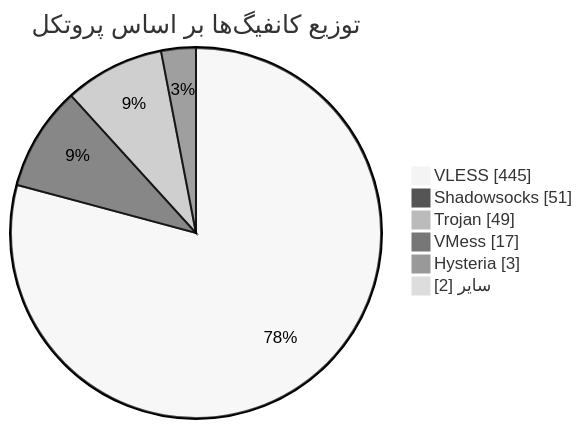
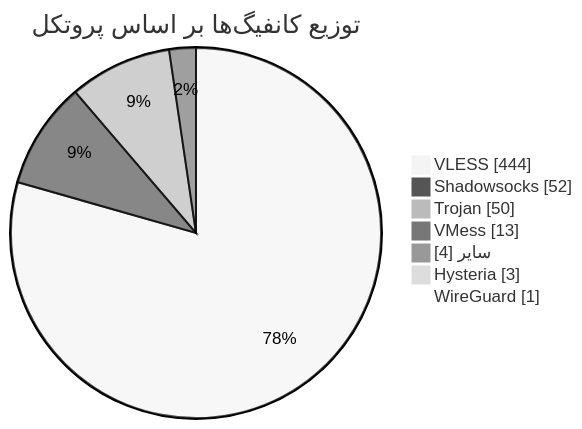
One commit to Arian-Alijani/Somthing changed the diagram in README.md. Above: the diagram before and after it, drawn with Mermaid (neutral theme). The commit also changed other lines of this file and 19 other files, not shown here.

````diff
--- a/README.md
+++ b/README.md
@@ -48,10 +49,11 @@
 ```mermaid
 pie showData
     title توزیع کانفیگ‌ها بر اساس پروتکل
-    "VLESS" : 445
-    "Shadowsocks" : 51
-    "Trojan" : 49
-    "VMess" : 17
+    "VLESS" : 444
+    "Shadowsocks" : 52
+    "Trojan" : 50
+    "VMess" : 13
+    "سایر" : 4
     "Hysteria" : 3
-    "سایر" : 2
+    "WireGuard" : 1
 ```
````
